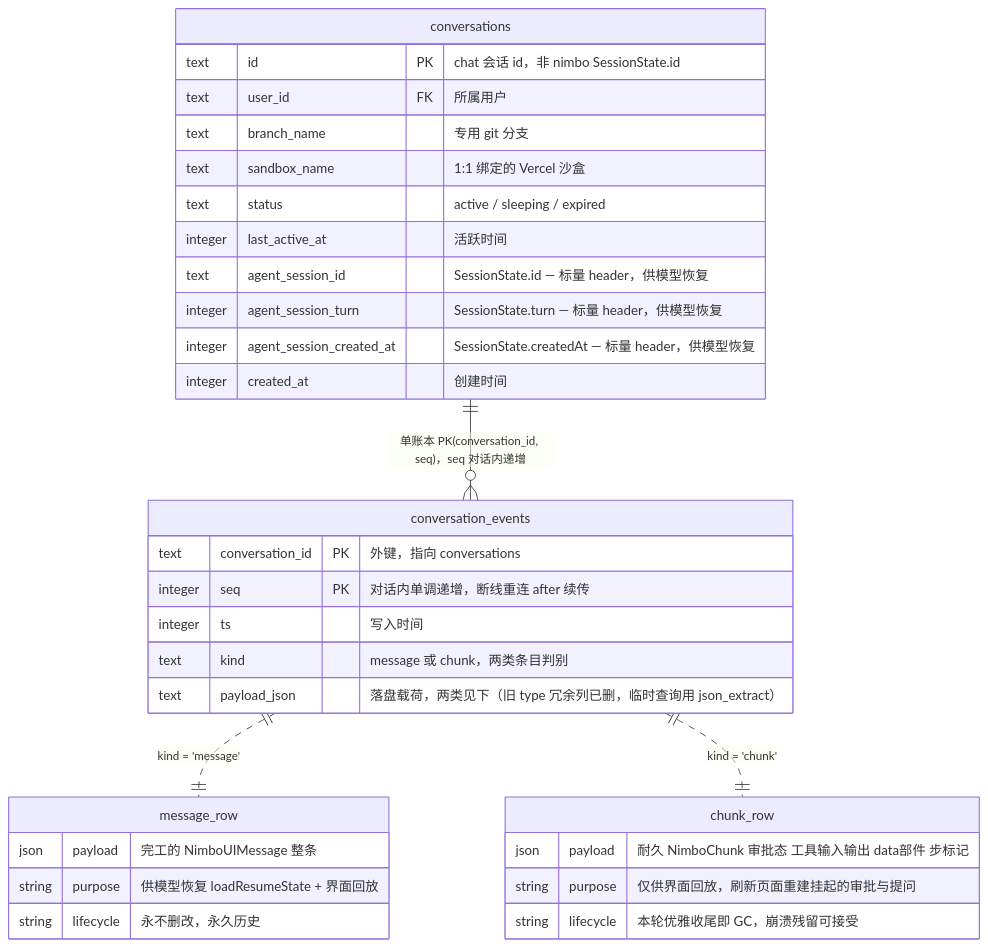
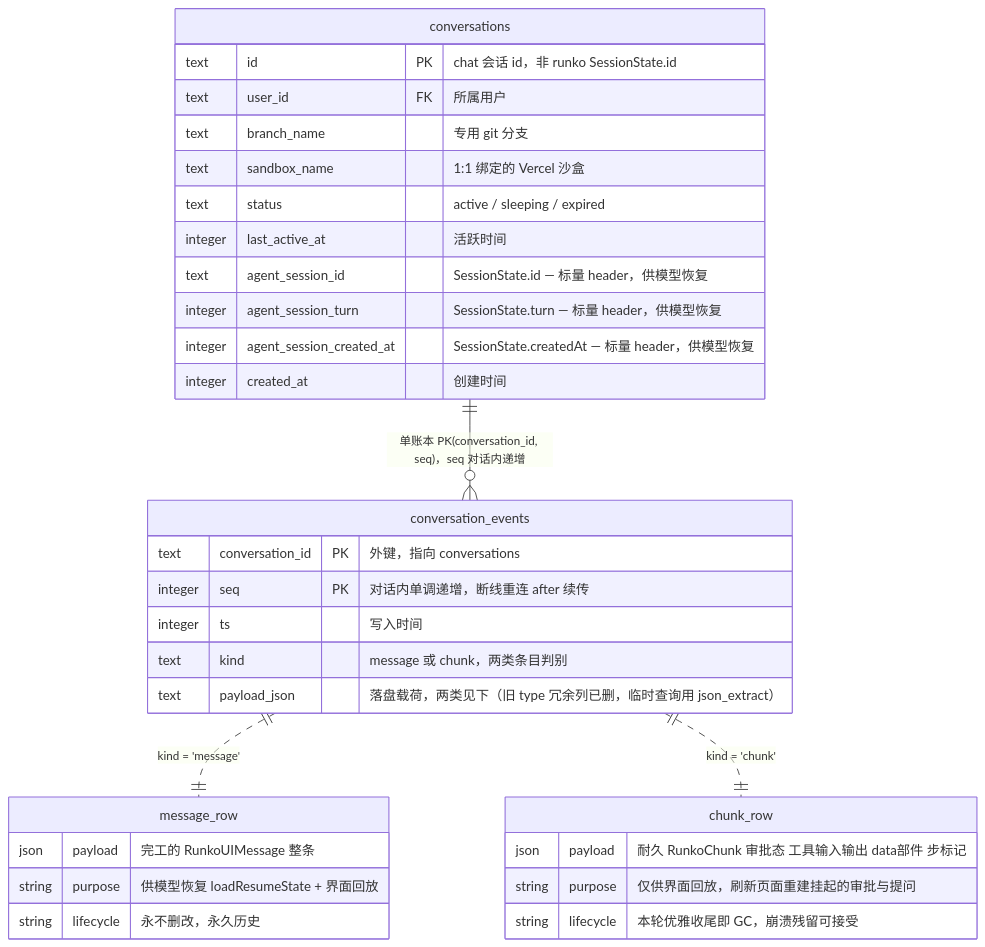
The first of 3 diagrams in docs/logic/orchestration/tech/single-ledger.md (ludafa/runko), drawn with Mermaid before and after one commit. The commit also changed other lines of this file and 450 other files, not shown here.

First line of the commit message:
refactor: 全仓库改名 nimbo → runko，库表名改用 agent_ 前缀

````diff
--- a/docs/logic/orchestration/tech/single-ledger.md
+++ b/docs/logic/orchestration/tech/single-ledger.md
@@ -54,36 +54,36 @@
 ```mermaid
 erDiagram
     conversations ||--o{ conversation_events : "单账本 PK(conversation_id, seq)，seq 对话内递增"
     conversation_events ||..|| message_row : "kind = 'message'"
     conversation_events ||..|| chunk_row : "kind = 'chunk'"
 
     conversations {
-        text id PK "chat 会话 id，非 nimbo SessionState.id"
+        text id PK "chat 会话 id，非 runko SessionState.id"
         text user_id FK "所属用户"
         text branch_name "专用 git 分支"
         text sandbox_name "1:1 绑定的 Vercel 沙盒"
         text status "active / sleeping / expired"
         integer last_active_at "活跃时间"
         text agent_session_id "SessionState.id — 标量 header，供模型恢复"
         integer agent_session_turn "SessionState.turn — 标量 header，供模型恢复"
         integer agent_session_created_at "SessionState.createdAt — 标量 header，供模型恢复"
         integer created_at "创建时间"
     }
     conversation_events {
         text conversation_id PK "外键，指向 conversations"
         integer seq PK "对话内单调递增，断线重连 after 续传"
         integer ts "写入时间"
         text kind "message 或 chunk，两类条目判别"
         text payload_json "落盘载荷，两类见下（旧 type 冗余列已删，临时查询用 json_extract）"
     }
     message_row {
-        json payload "完工的 NimboUIMessage 整条"
+        json payload "完工的 RunkoUIMessage 整条"
         string purpose "供模型恢复 loadResumeState + 界面回放"
         string lifecycle "永不删改，永久历史"
     }
     chunk_row {
-        json payload "耐久 NimboChunk 审批态 工具输入输出 data部件 步标记"
+        json payload "耐久 RunkoChunk 审批态 工具输入输出 data部件 步标记"
         string purpose "仅供界面回放，刷新页面重建挂起的审批与提问"
         string lifecycle "本轮优雅收尾即 GC，崩溃残留可接受"
     }
 ```
````
